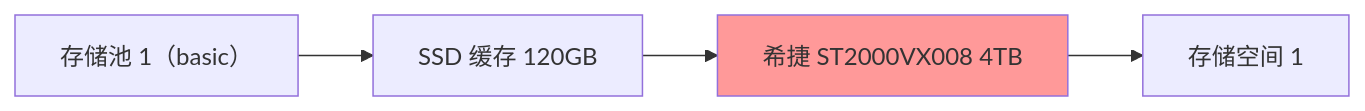
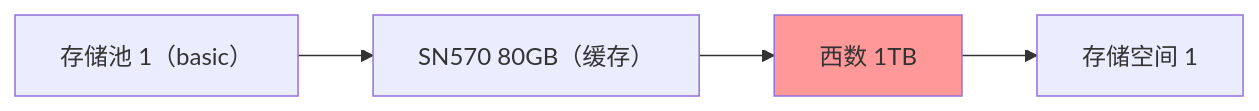
Before and after one commit to cxbdasheng/AIO: the first of 2 diagrams in docs/synology/ssd.md, drawn with Mermaid. The commit also changed other lines of this file and 6 other files, not shown here.

````diff
--- a/docs/synology/ssd.md
+++ b/docs/synology/ssd.md
@@ -95,7 +98,7 @@
 ```mermaid
 graph LR
-    A[存储池 1（basic）] -->D[SSD 缓存 120GB]
-    D -->B[希捷 ST2000VX008 4TB]
-    B -->C[存储空间 1]
+    A[存储池 1（basic）] --> D[SN570 80GB（缓存）]
+    D-->B[西数 1TB]
+    B --> C[存储空间 1]
      style B fill:#ff9999
 ```
````
